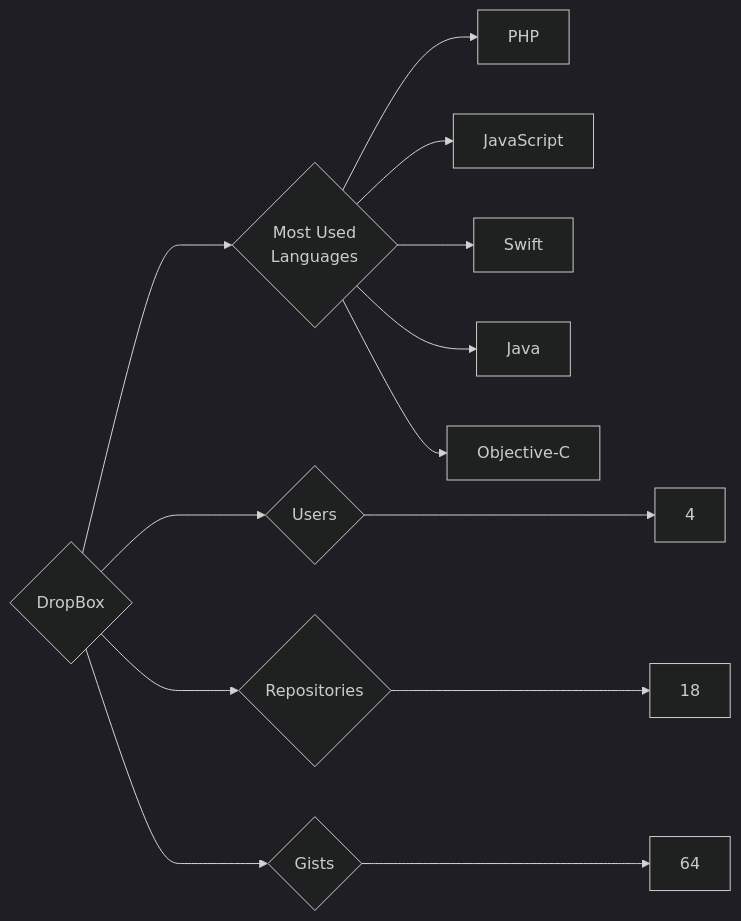
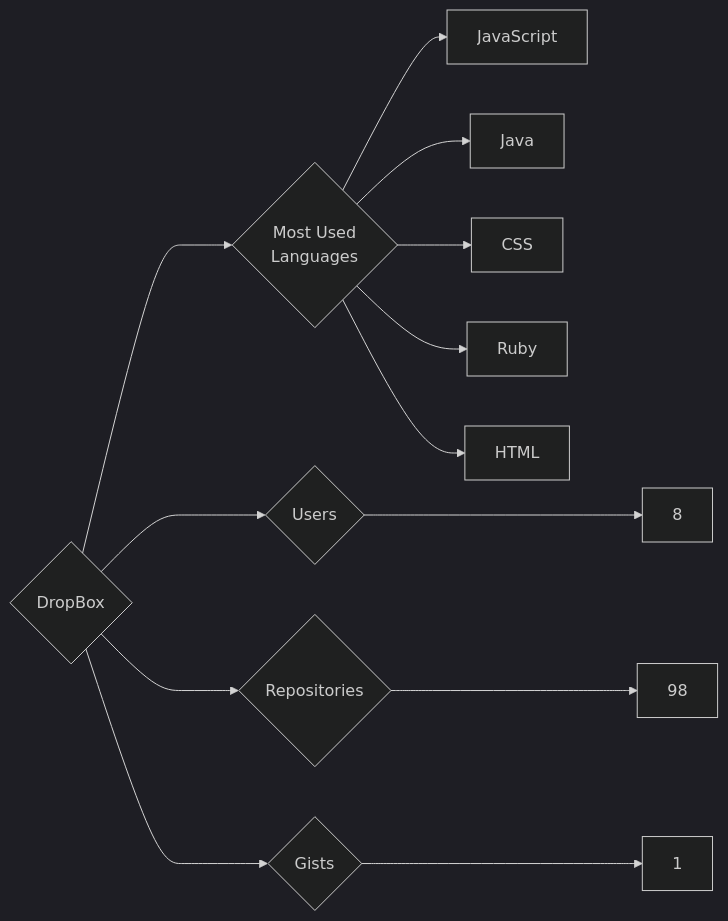
Before and after one commit to trickest/insiders: the diagram in targets/DropBox/README.md, drawn with Mermaid (dark theme). The commit also changed 859 other files, not shown here.

````diff
--- a/targets/DropBox/README.md
+++ b/targets/DropBox/README.md
@@ -3,13 +3,13 @@
 ```mermaid
 graph LR
 COMPANY_NAME{DropBox}
-COMPANY_NAME ---> U{Users} ---> UN[4]
-COMPANY_NAME ---> R{Repositories} ---> RN[18]
-COMPANY_NAME ---> G{Gists} ---> GN[64]
+COMPANY_NAME ---> U{Users} ---> UN[8]
+COMPANY_NAME ---> R{Repositories} ---> RN[98]
+COMPANY_NAME ---> G{Gists} ---> GN[1]
 COMPANY_NAME ---> ML{Most Used<br>Languages}
-ML --> PHP[PHP]
 ML --> JavaScript[JavaScript]
-ML --> Swift[Swift]
 ML --> Java[Java]
-ML --> Objective-C[Objective-C]
+ML --> CSS[CSS]
+ML --> Ruby[Ruby]
+ML --> HTML[HTML]
 ```
````
